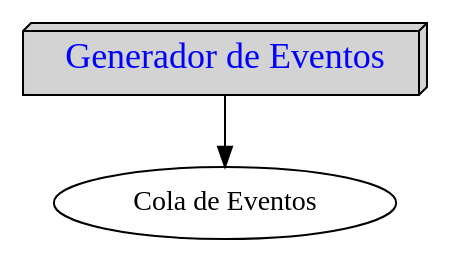
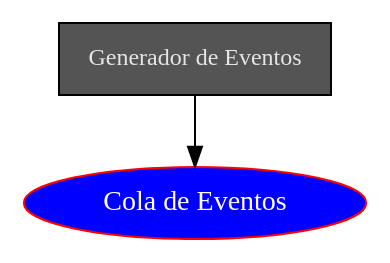
The diagram in pde.gv (antoniocorbibellot/graphviz), drawn with Graphviz before and after one commit.

Commit message:
PLaying with options.

```diff
--- a/pde.gv
+++ b/pde.gv
@@ -1,6 +1,9 @@
 digraph pde {
-    ge [margin=0 fontcolor=blue fontsize=18 width=0.5 shape="box3d" style=filled label="Generador de Eventos"];
-    ce [label="Cola de Eventos"];
+    ge [margin=0 width=1
+          fontcolor=gray90 fontsize=12
+          shape="rectangle" style=filled fillcolor=gray33
+          label="Generador de Eventos"];
+    ce [label="Cola de Eventos", style=filled fillcolor=blue color=red fontcolor=white];
     ge -> ce;
     
 }
```
